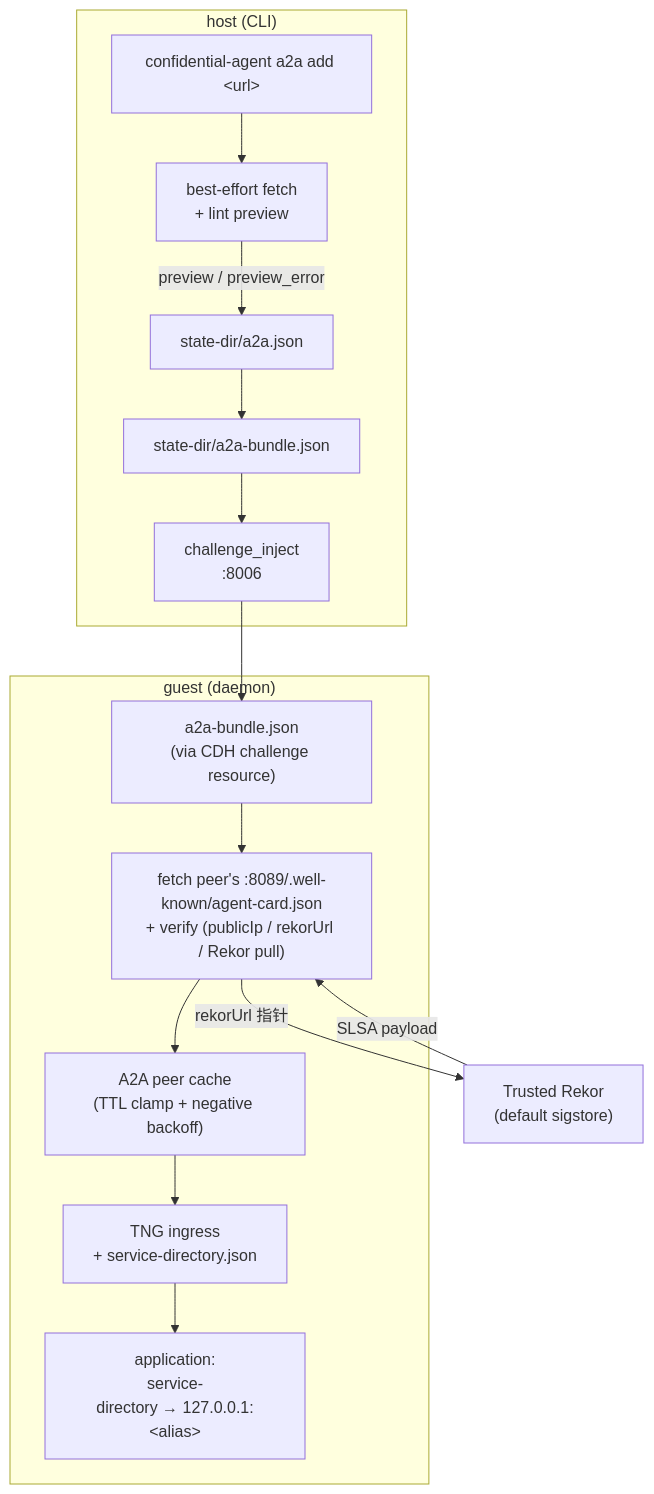
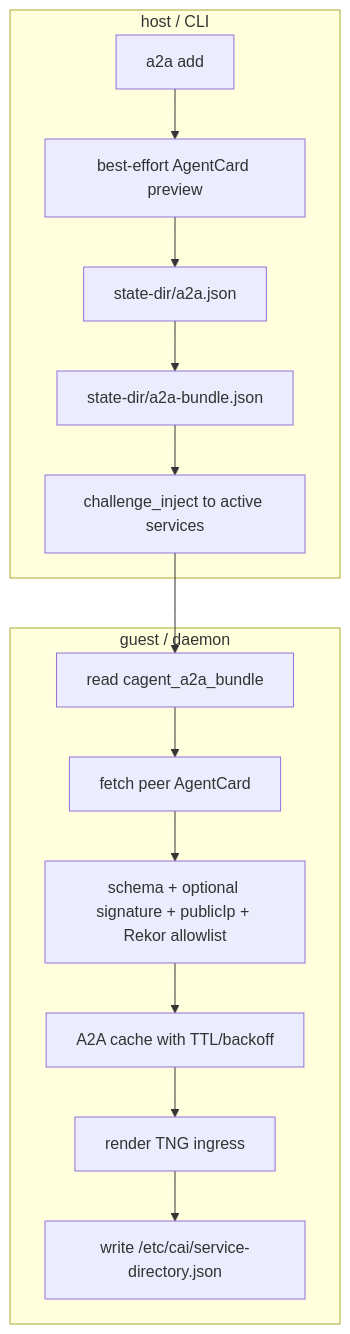
Before and after one commit to wdsun1008/confidential-agent: the first of 2 diagrams in docs/a2a.md, drawn with Mermaid. The commit also changed other lines of this file and 31 other files, not shown here.

Commit message:
feat: add A2A data collaboration flow

````diff
--- a/docs/a2a.md
+++ b/docs/a2a.md
@@ -99,32 +70,22 @@
 ```mermaid
 flowchart TB
-    subgraph host["host (CLI)"]
-        ADD["confidential-agent a2a add &lt;url&gt;"]
-        CLIFETCH["best-effort fetch<br/>+ lint preview"]
-        A2AJSON["state-dir/a2a.json"]
+    subgraph host["host / CLI"]
+        ADD["a2a add <AgentCard URL>"]
+        PREVIEW["best-effort AgentCard preview"]
+        STATE["state-dir/a2a.json"]
         BUNDLE["state-dir/a2a-bundle.json"]
-        INJECT["challenge_inject<br/>:8006"]
+        INJECT["challenge_inject to active services"]
     end
 
-    subgraph guest["guest (daemon)"]
-        APPLY["a2a-bundle.json<br/>(via CDH challenge resource)"]
-        FETCH["fetch peer&apos;s :8089/.well-known/agent-card.json<br/>+ verify (publicIp / rekorUrl / Rekor pull)"]
-        CACHE["A2A peer cache<br/>(TTL clamp + negative backoff)"]
-        TNG["TNG ingress<br/>+ service-directory.json"]
-        APP["application:<br/>service-directory&nbsp;&rarr;&nbsp;127.0.0.1:&lt;alias&gt;"]
+    subgraph guest["guest / daemon"]
+        READ["read cagent_a2a_bundle"]
+        FETCH["fetch peer AgentCard"]
+        VERIFY["schema + optional signature + publicIp + Rekor allowlist"]
+        CACHE["A2A cache with TTL/backoff"]
+        TNG["render TNG ingress"]
+        DIR["write /etc/cai/service-directory.json"]
     end
 
-    REKOR["Trusted Rekor<br/>(default sigstore)"]
-
-    ADD --> CLIFETCH
-    CLIFETCH -->|preview / preview_error| A2AJSON
-    A2AJSON --> BUNDLE
-    BUNDLE --> INJECT
-    INJECT --> APPLY
-    APPLY --> FETCH
-    FETCH -->|rekorUrl 指针| REKOR
-    REKOR -->|SLSA payload| FETCH
-    FETCH --> CACHE
-    CACHE --> TNG
-    TNG --> APP
+    ADD --> PREVIEW --> STATE --> BUNDLE --> INJECT --> READ
+    READ --> FETCH --> VERIFY --> CACHE --> TNG --> DIR
 ```
````
